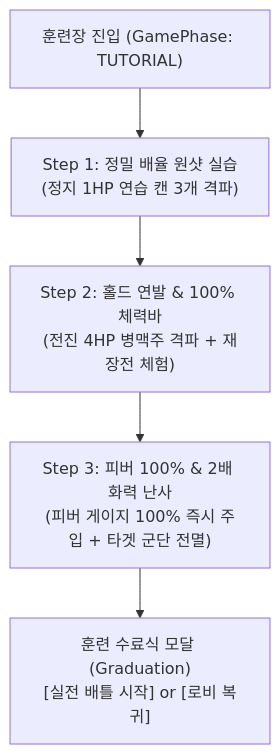
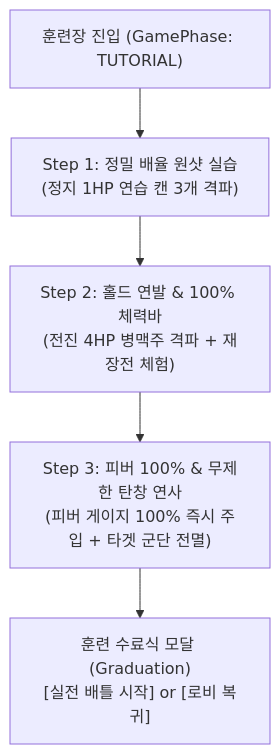
Before and after one commit to ChaJiYoung/ob-crash-game: the second of 2 diagrams in docs/튜토리얼_훈련장_가이드.md, drawn with Mermaid. The commit also changed other lines of this file and 15 other files, not shown here.

````diff
--- a/docs/튜토리얼_훈련장_가이드.md
+++ b/docs/튜토리얼_훈련장_가이드.md
@@ -109,7 +109,7 @@
 ```mermaid
 flowchart TD
     Start["훈련장 진입 (GamePhase: TUTORIAL)"] --> S1["Step 1: 정밀 배율 원샷 실습\n(정지 1HP 연습 캔 3개 격파)"]
     S1 --> S2["Step 2: 홀드 연발 & 100% 체력바\n(전진 4HP 병맥주 격파 + 재장전 체험)"]
-    S2 --> S3["Step 3: 피버 100% & 2배 화력 난사\n(피버 게이지 100% 즉시 주입 + 타겟 군단 전멸)"]
+    S2 --> S3["Step 3: 피버 100% & 무제한 탄창 연사\n(피버 게이지 100% 즉시 주입 + 타겟 군단 전멸)"]
     S3 --> Grad["훈련 수료식 모달 (Graduation)\n[실전 배틀 시작] or [로비 복귀]"]
 ```
````
